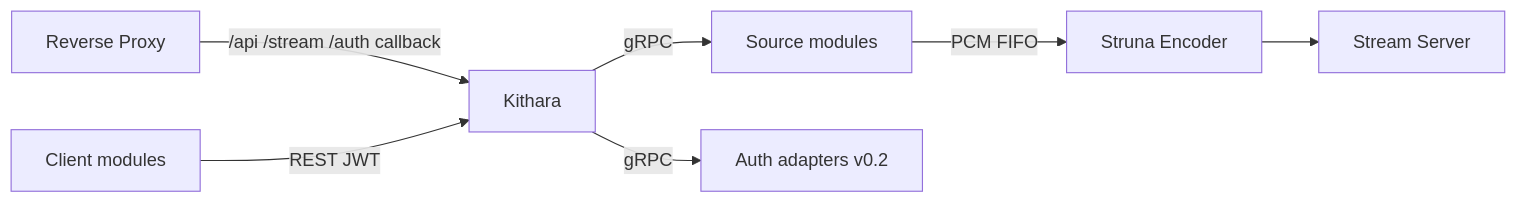
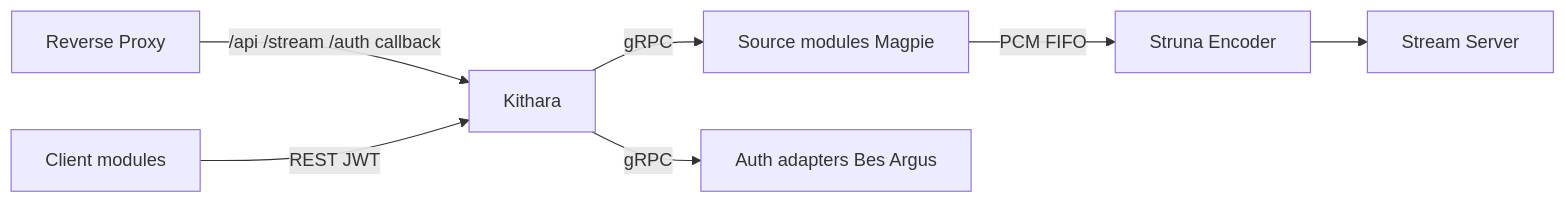
One commit to Bardie-radio/bardie-kithara changed the diagram in docs/architecture/operations/deployment.md. Above: the diagram before and after it, drawn with Mermaid. The commit also changed other lines of this file and 35 other files, not shown here.

````diff
--- a/docs/architecture/operations/deployment.md
+++ b/docs/architecture/operations/deployment.md
@@ -3,9 +3,9 @@
 ```mermaid
 flowchart LR
   Edge[Reverse Proxy] -->|/api /stream /auth callback| KitharaAPI[Kithara]
   Clients[Client modules] -->|REST JWT| KitharaAPI
-  KitharaAPI -->|gRPC| Src[Source modules]
-  KitharaAPI -->|gRPC| Auth[Auth adapters v0.2]
+  KitharaAPI -->|gRPC| Src[Source modules Magpie]
+  KitharaAPI -->|gRPC| Auth[Auth adapters Bes Argus]
   Src -->|PCM FIFO| Encoder[Struna Encoder]
   Encoder --> StreamSrv[Stream Server]
 ```
````
